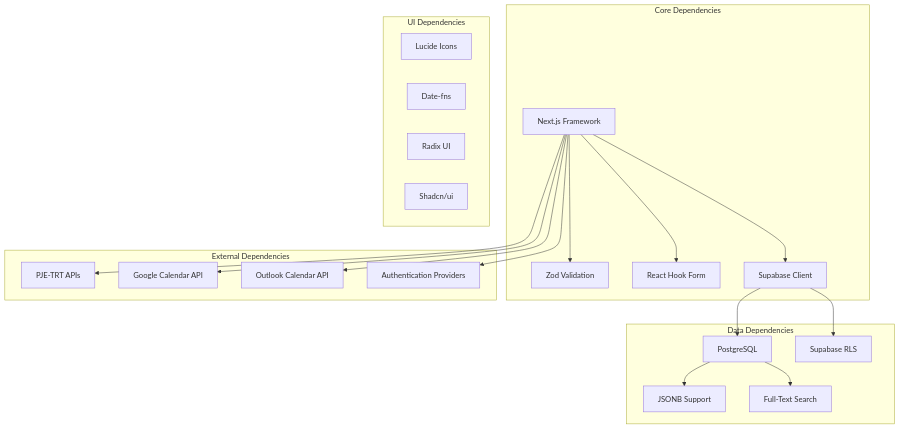
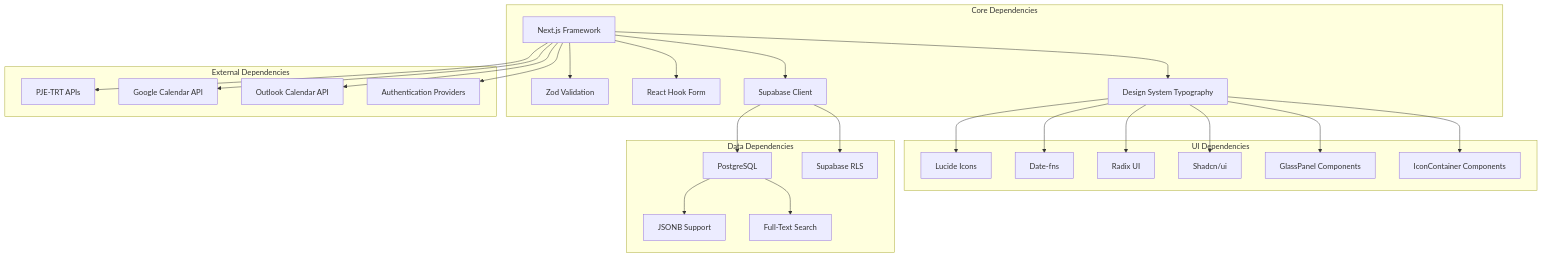
Diagram 13 of 13 in .qoder/repowiki/en/content/Audiência Management.md (SinesysTech/zattar-os), drawn with Mermaid before and after one commit. The commit also changed other lines of this file and 40 other files, not shown here.

First line of the commit message:
feat(design-system): melhorar conformidade tipográfica e acessibilidade em audiências

````diff
--- a/.qoder/repowiki/en/content/Audiência Management.md
+++ b/.qoder/repowiki/en/content/Audiência Management.md
@@ -478,38 +599,48 @@
 ```mermaid
 graph TB
 subgraph "Core Dependencies"
 A[Next.js Framework]
 B[Zod Validation]
 C[React Hook Form]
 D[Supabase Client]
+E[Design System Typography]
 end
 subgraph "UI Dependencies"
-E[Lucide Icons]
-F[Date-fns]
-G[Radix UI]
-H[Shadcn/ui]
+F[Lucide Icons]
+G[Date-fns]
+H[Radix UI]
+I[Shadcn/ui]
+J[GlassPanel Components]
+K[IconContainer Components]
 end
 subgraph "Data Dependencies"
-I[PostgreSQL]
-J[Supabase RLS]
-K[JSONB Support]
-L[Full-Text Search]
+L[PostgreSQL]
+M[Supabase RLS]
+N[JSONB Support]
+O[Full-Text Search]
 end
 subgraph "External Dependencies"
-M[PJE-TRT APIs]
-N[Google Calendar API]
-O[Outlook Calendar API]
-P[Authentication Providers]
+P[PJE-TRT APIs]
+Q[Google Calendar API]
+R[Outlook Calendar API]
+S[Authentication Providers]
 end
 A --> B
 A --> C
 A --> D
-D --> I
-D --> J
-I --> K
-I --> L
-A --> M
-A --> N
-A --> O
+A --> E
+D --> L
+D --> M
+L --> N
+L --> O
 A --> P
+A --> Q
+A --> R
+A --> S
+E --> F
+E --> G
+E --> H
+E --> I
+E --> J
+E --> K
 ```
````
